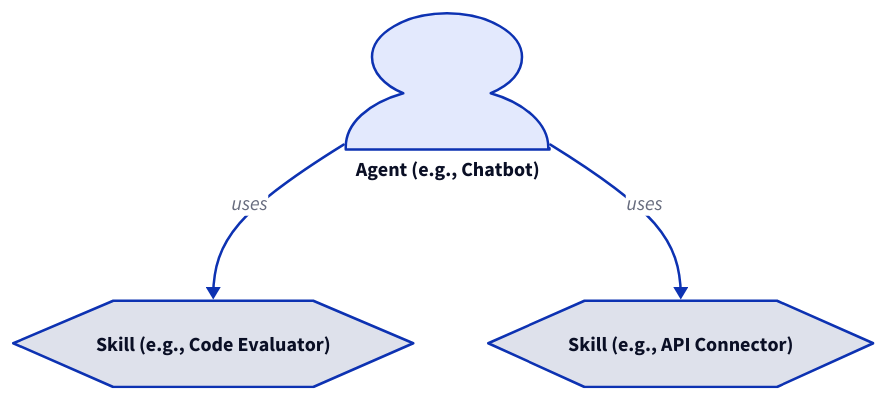
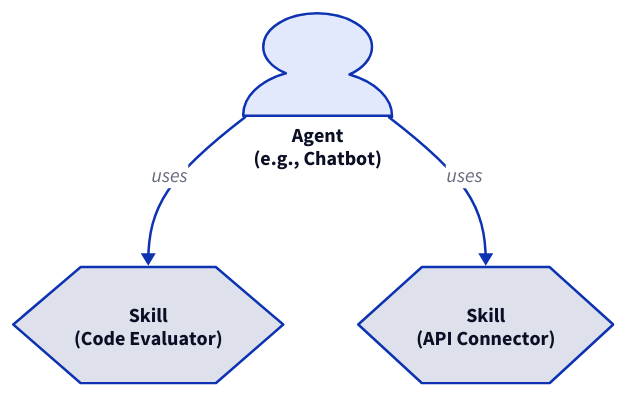
One commit to AIGNE-io/aigne-framework changed the first of 2 diagrams in packages/cli/docs/core-concepts-agents-and-skills.md. Above: the diagram before and after it, drawn with D2. The commit also changed other lines of this file and 38 other files, not shown here.

````diff
--- a/packages/cli/docs/core-concepts-agents-and-skills.md
+++ b/packages/cli/docs/core-concepts-agents-and-skills.md
@@ -9,18 +9,21 @@
 ```d2
 direction: down
 
-agent: "Agent (e.g., Chatbot)" {
+agent: {
+  label: "Agent\n(e.g., Chatbot)"
   shape: person
 }
 
-skill1: "Skill (e.g., Code Evaluator)" {
+code-evaluator: {
+  label: "Skill\n(Code Evaluator)"
   shape: hexagon
 }
 
-skill2: "Skill (e.g., API Connector)" {
+api-connector: {
+  label: "Skill\n(API Connector)"
   shape: hexagon
 }
 
-agent -> skill1: uses
-agent -> skill2: uses
+agent -> code-evaluator: uses
+agent -> api-connector: uses
 ```
````
